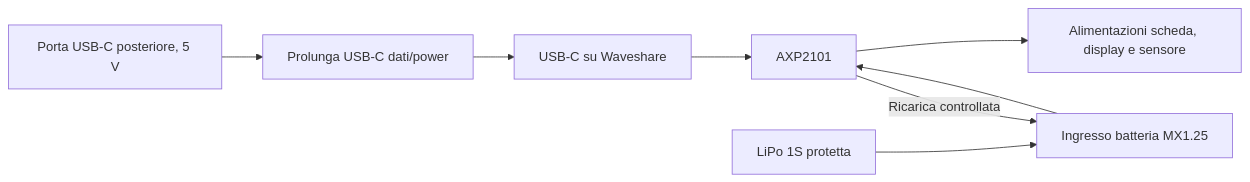
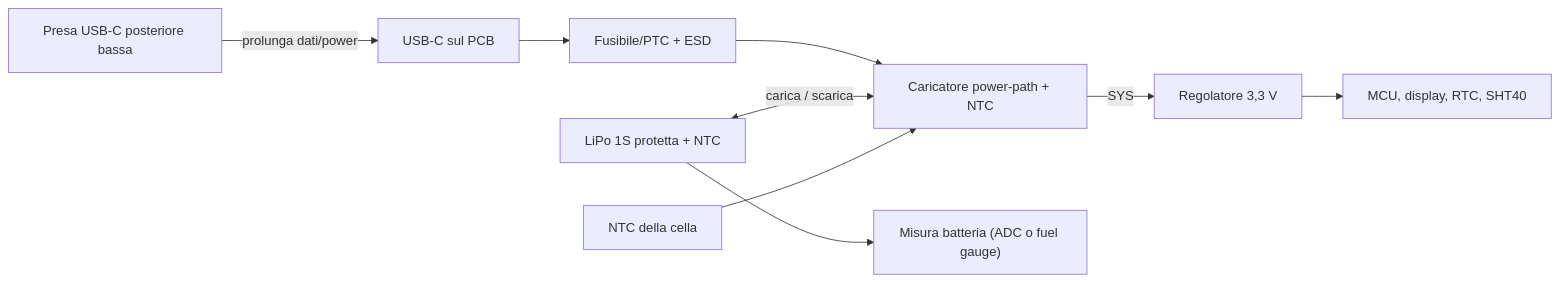
One commit to seba379/PoliClock changed the diagram in docs/03-alimentazione-ricarica.md. Above: the diagram before and after it, drawn with Mermaid. The commit also changed other lines of this file and 13 other files, not shown here.

First line of the commit message:
docs: switch to custom PCB architecture with round IPS display (v0.3)

````diff
--- a/docs/03-alimentazione-ricarica.md
+++ b/docs/03-alimentazione-ricarica.md
@@ -16,10 +17,11 @@
 ```mermaid
 flowchart LR
-    USB["Porta USB-C posteriore, 5 V"] --> CABLE["Prolunga USB-C dati/power"]
-    CABLE --> UIN["USB-C su Waveshare"]
-    CELL["LiPo 1S protetta"] --> BATT["Ingresso batteria MX1.25"]
-    BATT --> PMU["AXP2101"]
-    UIN --> PMU
-    PMU --> SYS["Alimentazioni scheda, display e sensore"]
-    PMU -->|"Ricarica controllata"| BATT
+    USB["Presa USB-C posteriore bassa"] -->|"prolunga dati/power"| IN["USB-C sul PCB"]
+    IN --> PROT["Fusibile/PTC + ESD"]
+    PROT --> CHG["Caricatore power-path + NTC"]
+    CELL["LiPo 1S protetta + NTC"] <-->|"carica / scarica"| CHG
+    NTC["NTC della cella"] --> CHG
+    CHG -->|"SYS"| REG["Regolatore 3,3 V"]
+    REG --> LOADS["MCU, display, RTC, SHT40"]
+    CELL --> MON["Misura batteria (ADC o fuel gauge)"]
 ```
````
